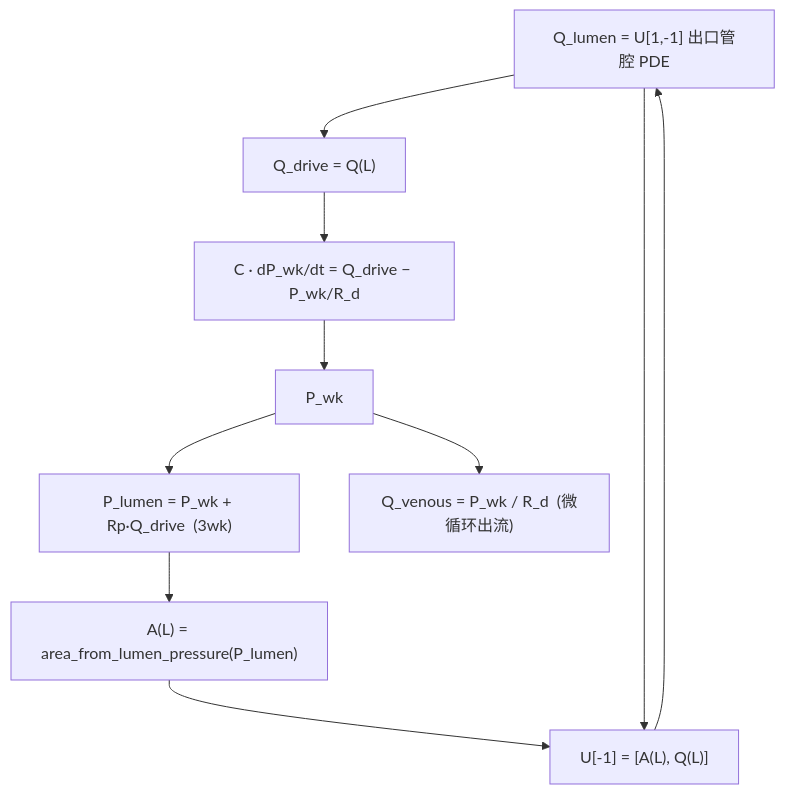
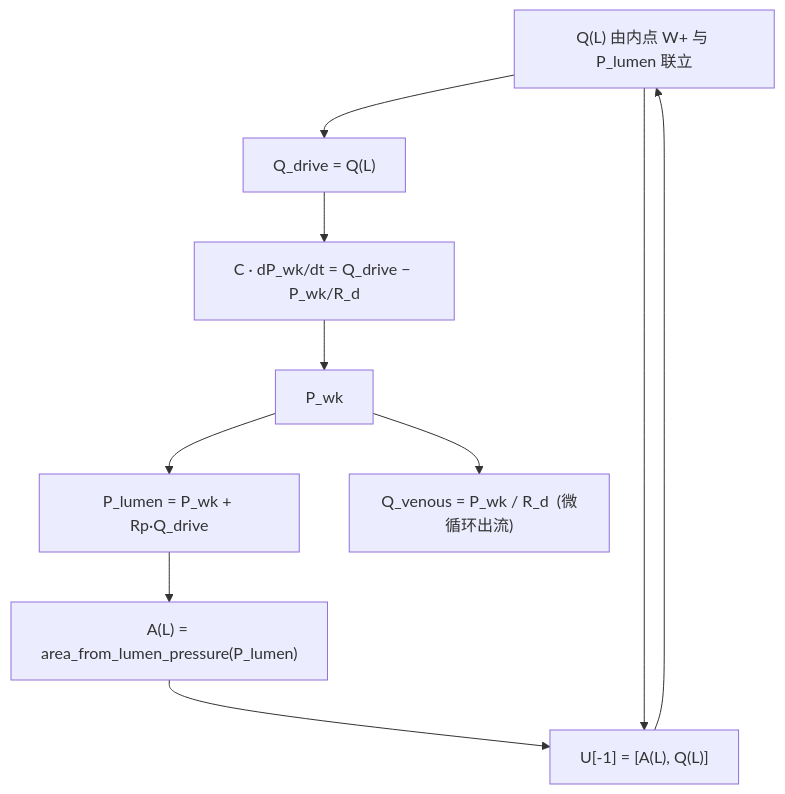
The second of 4 diagrams in docs/navier_stokes_1d.md (WZero98/Coronary_dynamic_simulation), drawn with Mermaid before and after one commit. The commit also changed other lines of this file and 11 other files, not shown here.

````diff
--- a/docs/navier_stokes_1d.md
+++ b/docs/navier_stokes_1d.md
@@ -539,20 +570,20 @@
 ```mermaid
 flowchart TB
-    QLO["Q_lumen = U[1,-1] 出口管腔 PDE"]
+    QLO["Q(L) 由内点 W+ 与 P_lumen 联立"]
     QDRV["Q_drive = Q(L)"]
     ODE["C · dP_wk/dt = Q_drive − P_wk/R_d"]
     PWK["P_wk"]
-    PLUM["P_lumen = P_wk + Rp·Q_drive  (3wk)"]
+    PLUM["P_lumen = P_wk + Rp·Q_drive"]
     QVEN["Q_venous = P_wk / R_d  (微循环出流)"]
     AOUT["A(L) = area_from_lumen_pressure(P_lumen)"]
 
     QLO --> QDRV
     QDRV --> ODE
     ODE --> PWK
     PWK --> PLUM
     PWK --> QVEN
     PLUM --> AOUT
     AOUT --> UOUT["U[-1] = [A(L), Q(L)]"]
     QLO --> UOUT
     UOUT --> QLO
 ```
````
